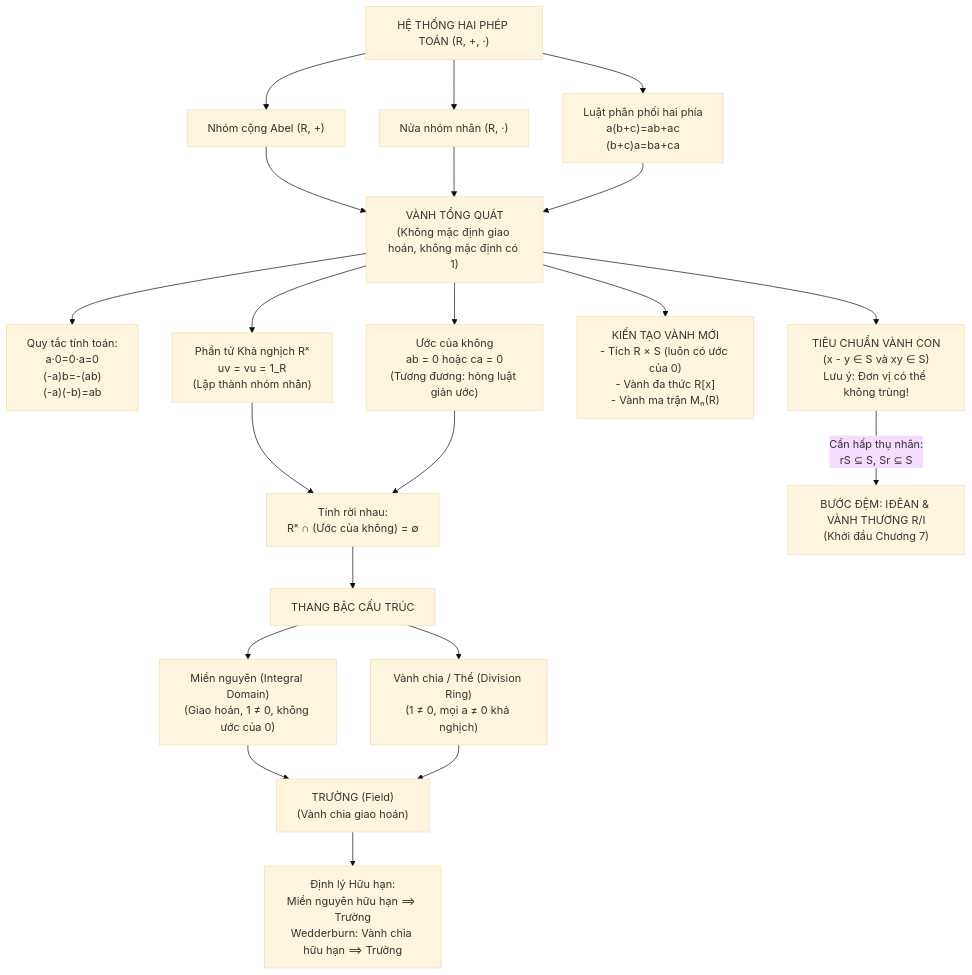
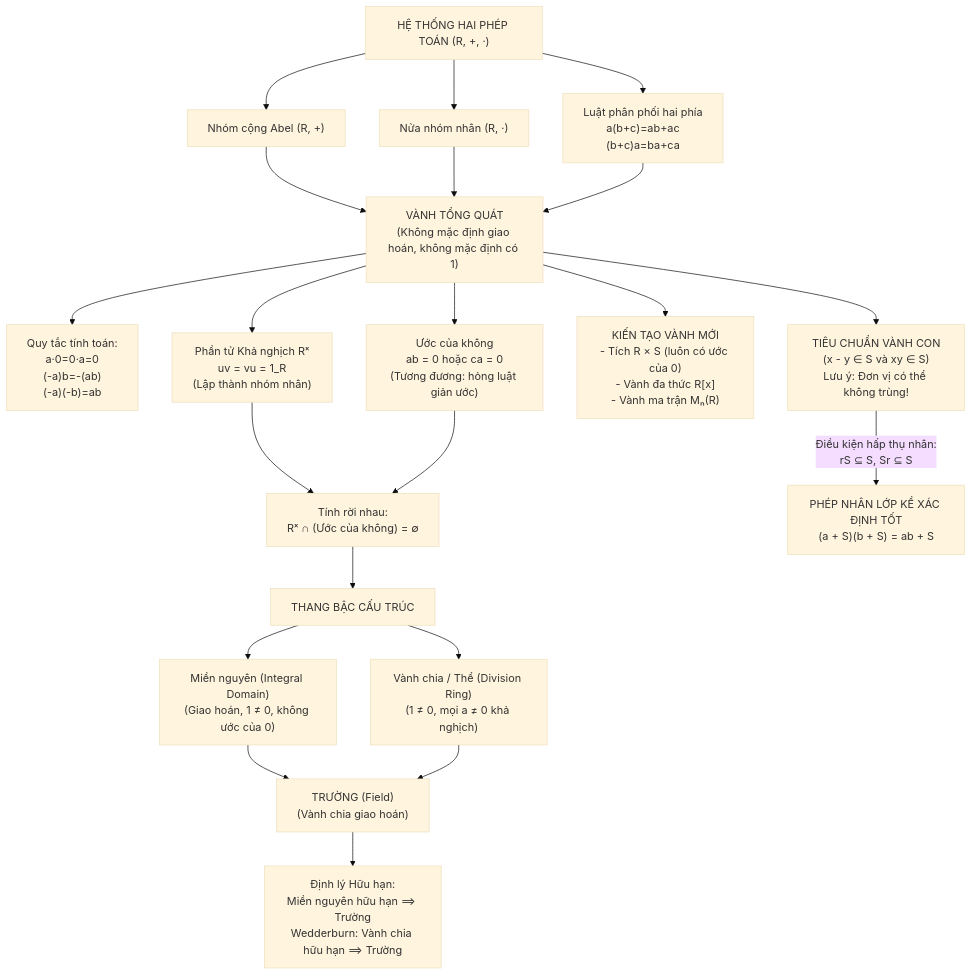
Before and after one commit to lqhninh-cyber/Learning-universe: the diagram in content/algebraic-structures/06-vanh-va-cac-cau-truc/04-bai-tap-va-tong-ket-chuong-6.mdx, drawn with Mermaid (base theme). The commit also changed other lines of this file and 87 other files, not shown here.

````diff
--- a/content/algebraic-structures/06-vanh-va-cac-cau-truc/04-bai-tap-va-tong-ket-chuong-6.mdx
+++ b/content/algebraic-structures/06-vanh-va-cac-cau-truc/04-bai-tap-va-tong-ket-chuong-6.mdx
@@ -54,25 +51,25 @@
 ```mermaid
 flowchart TD
     A["HỆ THỐNG HAI PHÉP TOÁN (R, +, ·)"] --> B["Nhóm cộng Abel (R, +)"]
     A --> C["Nửa nhóm nhân (R, ·)"]
     A --> D["Luật phân phối hai phía\na(b+c)=ab+ac\n(b+c)a=ba+ca"]
 
     B & C & D --> E["VÀNH TỔNG QUÁT\n(Không mặc định giao hoán, không mặc định có 1)"]
     
     E --> F["Quy tắc tính toán:\na·0=0·a=0\n(-a)b=-(ab)\n(-a)(-b)=ab"]
     E --> G["Phần tử Khả nghịch Rˣ\nuv = vu = 1_R\n(Lập thành nhóm nhân)"]
     E --> H["Ước của không\nab = 0 hoặc ca = 0\n(Tương đương: hỏng luật giản ước)"]
 
     G & H --> I["Tính rời nhau:\nRˣ ∩ (Ước của không) = ∅"]
 
     I --> J["THANG BẬC CẤU TRÚC"]
     J --> K["Miền nguyên (Integral Domain)\n(Giao hoán, 1 ≠ 0, không ước của 0)"]
     J --> L["Vành chia / Thể (Division Ring)\n(1 ≠ 0, mọi a ≠ 0 khả nghịch)"]
     K & L --> M["TRƯỜNG (Field)\n(Vành chia giao hoán)"]
 
     M --> N["Định lý Hữu hạn:\nMiền nguyên hữu hạn ⟹ Trường\nWedderburn: Vành chia hữu hạn ⟹ Trường"]
 
     E --> P["KIẾN TẠO VÀNH MỚI\n- Tích R × S (luôn có ước của 0)\n- Vành đa thức R[x]\n- Vành ma trận Mₙ(R)"]
     E --> Q["TIÊU CHUẨN VÀNH CON\n(x - y ∈ S và xy ∈ S)\nLưu ý: Đơn vị có thể không trùng!"]
-    Q -->|"Cần hấp thụ nhân:\nrS ⊆ S, Sr ⊆ S"| R_Bridge["BƯỚC ĐỆM: IĐÊAN & VÀNH THƯƠNG R/I\n(Khởi đầu Chương 7)"]
+    Q -->|"Điều kiện hấp thụ nhân:\nrS ⊆ S, Sr ⊆ S"| R_Bridge["PHÉP NHÂN LỚP KỀ XÁC ĐỊNH TỐT\n(a + S)(b + S) = ab + S"]
 ```
````
